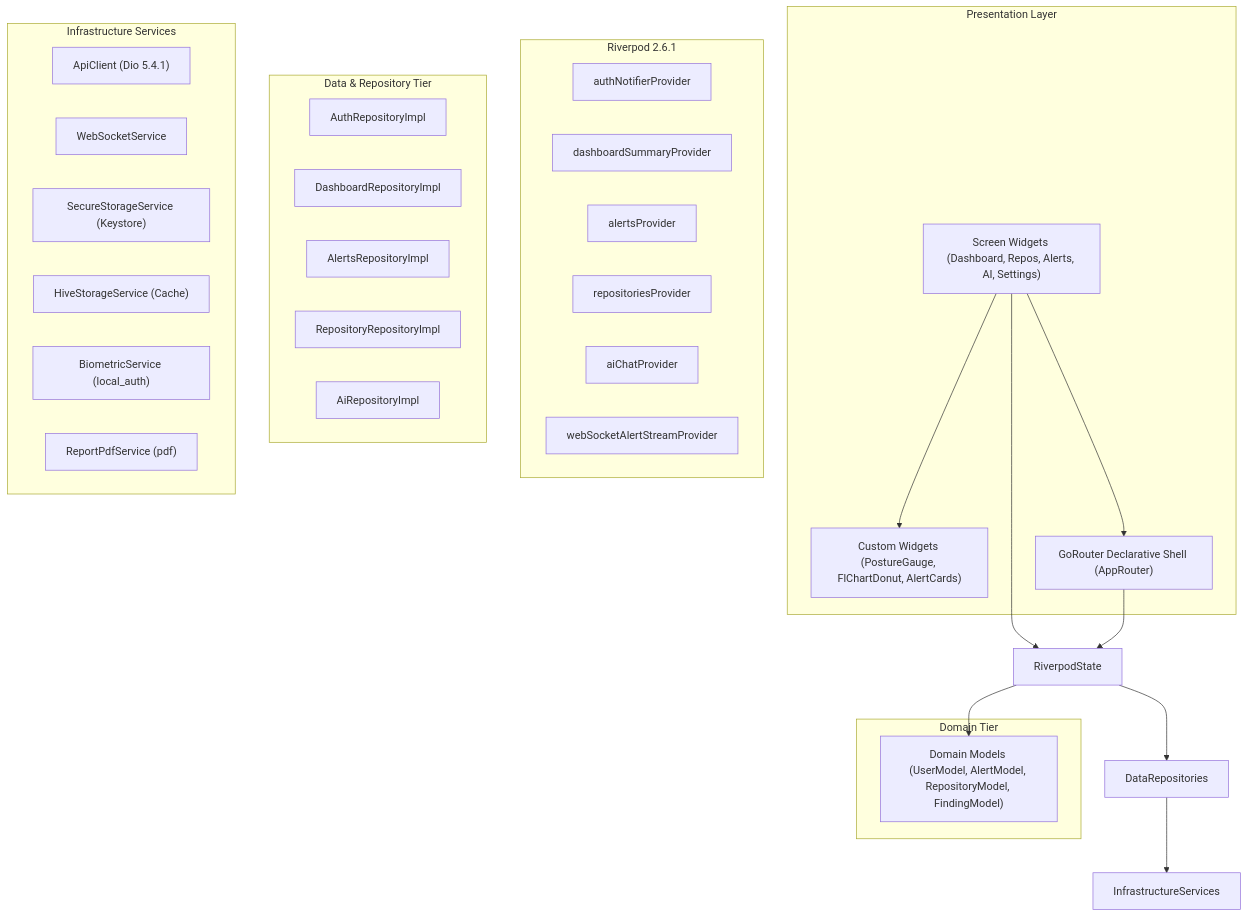
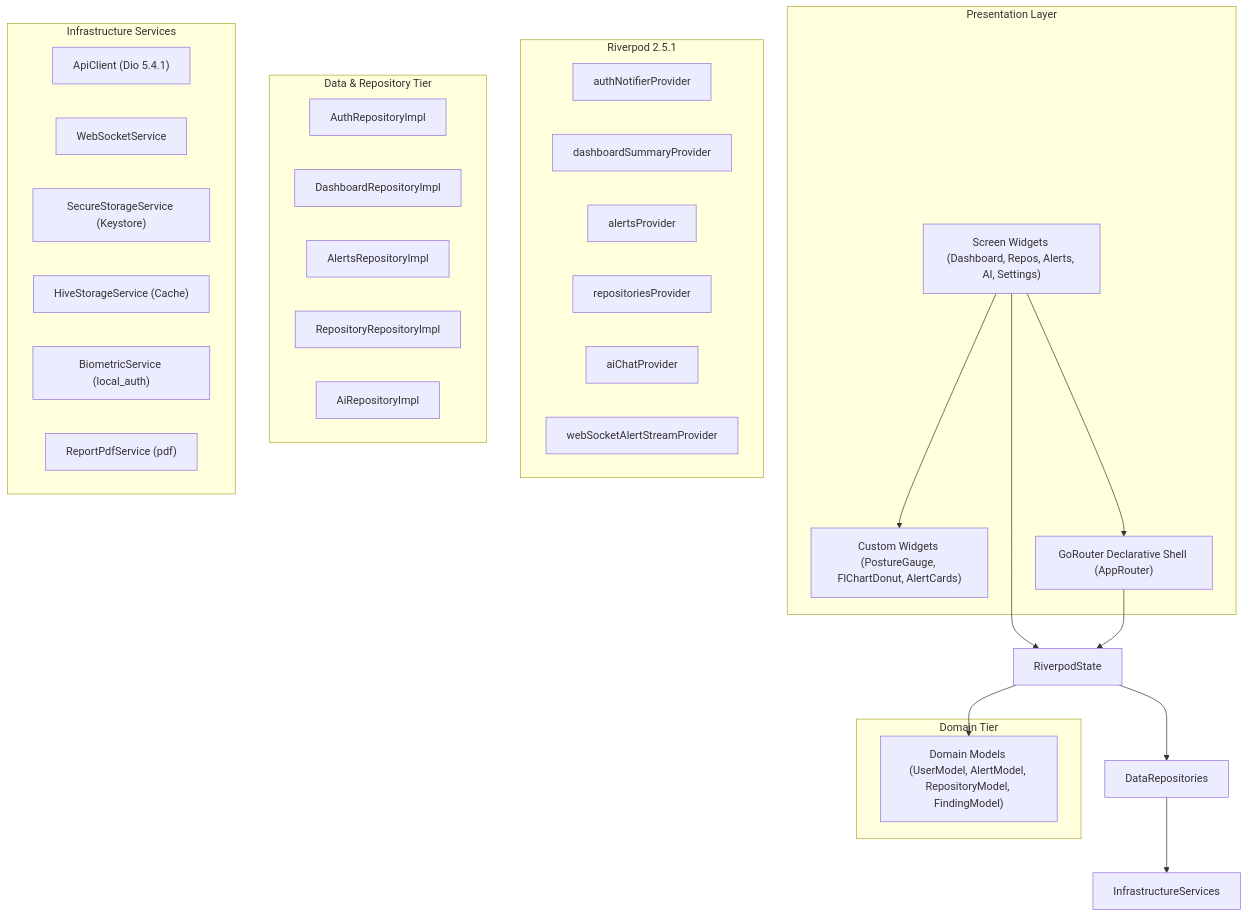
Before and after one commit to NATTOMR/secureguard-mobile: the second of 10 diagrams in docs/PROJECT_REPORT.md, drawn with Mermaid. The commit also changed other lines of this file and 11 other files, not shown here.

````diff
--- a/docs/PROJECT_REPORT.md
+++ b/docs/PROJECT_REPORT.md
@@ -637,46 +637,46 @@
 ```mermaid
 graph TD
     subgraph Presentation Layer
         UI_Screens["Screen Widgets (Dashboard, Repos, Alerts, AI, Settings)"]
         UI_Components["Custom Widgets (PostureGauge, FlChartDonut, AlertCards)"]
         Nav["GoRouter Declarative Shell (AppRouter)"]
     end
 
-    subgraph State Management Tier [Riverpod 2.6.1]
+    subgraph State Management Tier [Riverpod 2.5.1]
         AuthNotifier["authNotifierProvider"]
         DashboardProvider["dashboardSummaryProvider"]
         AlertsNotifier["alertsProvider"]
         RepoProvider["repositoriesProvider"]
         AIProvider["aiChatProvider"]
         WSStreamProvider["webSocketAlertStreamProvider"]
     end
 
     subgraph Domain Tier
         Models["Domain Models (UserModel, AlertModel, RepositoryModel, FindingModel)"]
     end
 
     subgraph Data & Repository Tier
         AuthRepo["AuthRepositoryImpl"]
         DashboardRepo["DashboardRepositoryImpl"]
         AlertsRepo["AlertsRepositoryImpl"]
         RepoRepo["RepositoryRepositoryImpl"]
         AIRepo["AiRepositoryImpl"]
     end
 
     subgraph Infrastructure Services
         ApiClient["ApiClient (Dio 5.4.1)"]
         WSService["WebSocketService"]
         SecureStorage["SecureStorageService (Keystore)"]
         HiveStorage["HiveStorageService (Cache)"]
         BioService["BiometricService (local_auth)"]
         PDFService["ReportPdfService (pdf)"]
     end
 
     UI_Screens --> Nav
     UI_Screens --> UI_Components
     UI_Screens --> RiverpodState
     Nav --> RiverpodState
     RiverpodState --> Models
     RiverpodState --> DataRepositories
     DataRepositories --> InfrastructureServices
 ```
````
